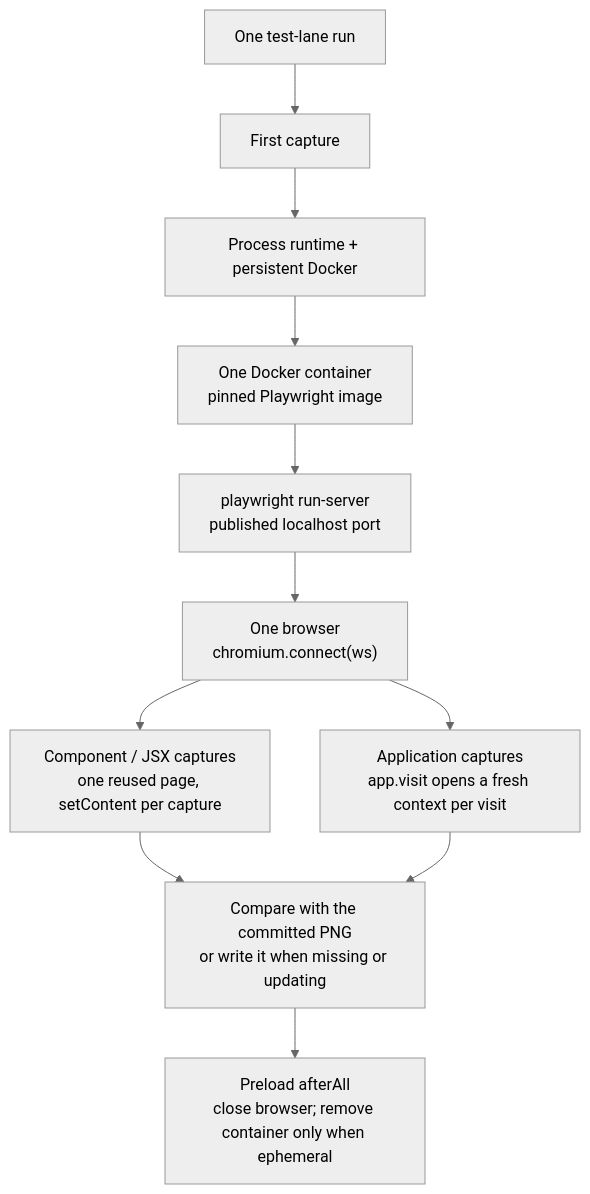
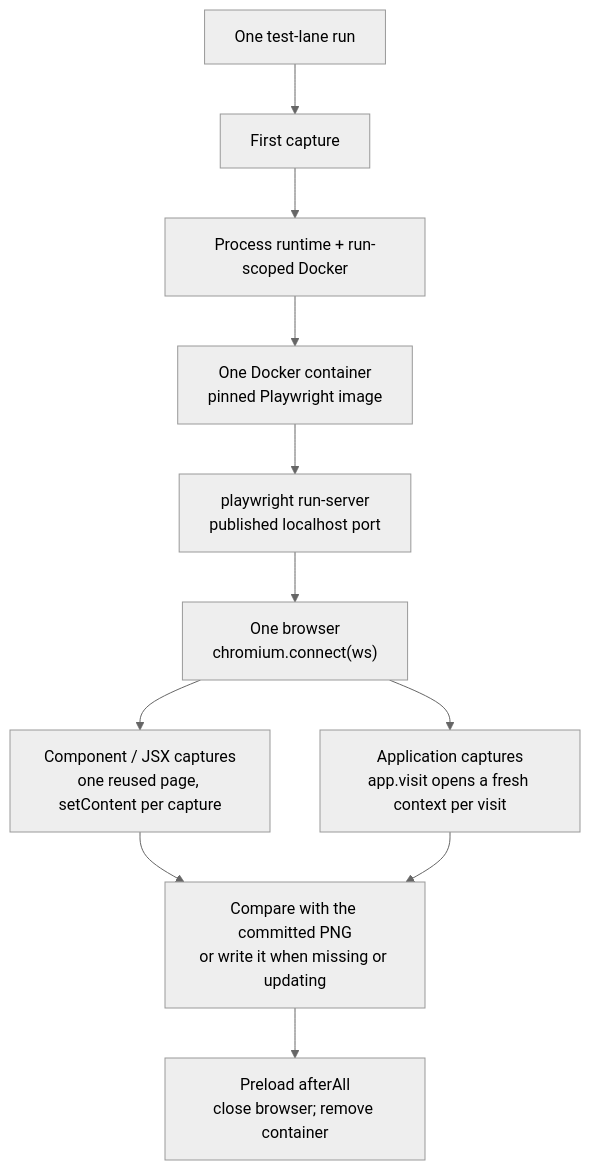
The diagram in docs/testing.md (TroyAlford/basis), drawn with Mermaid (neutral theme) before and after one commit. The commit also changed other lines of this file and 107 other files, not shown here.

First line of the commit message:
feat(server): add Graph enums, traversal, validation and actor predicates (#317)

````diff
--- a/docs/testing.md
+++ b/docs/testing.md
@@ -51,13 +51,13 @@
 ```mermaid
 flowchart TD
     Run["One test-lane run"] --> First["First capture"]
-    First --> Runtime["Process runtime + persistent Docker"]
+    First --> Runtime["Process runtime + run-scoped Docker"]
     Runtime --> Container["One Docker container<br/>pinned Playwright image"]
     Container --> Server["playwright run-server<br/>published localhost port"]
     Server --> Browser["One browser<br/>chromium.connect(ws)"]
     Browser --> Component["Component / JSX captures<br/>one reused page, setContent per capture"]
     Browser --> Visit["Application captures<br/>app.visit opens a fresh context per visit"]
     Component --> Compare["Compare with the committed PNG<br/>or write it when missing or updating"]
     Visit --> Compare
-    Compare --> Teardown["Preload afterAll<br/>close browser; remove container only when ephemeral"]
+    Compare --> Teardown["Preload afterAll<br/>close browser; remove container"]
 ```
````
